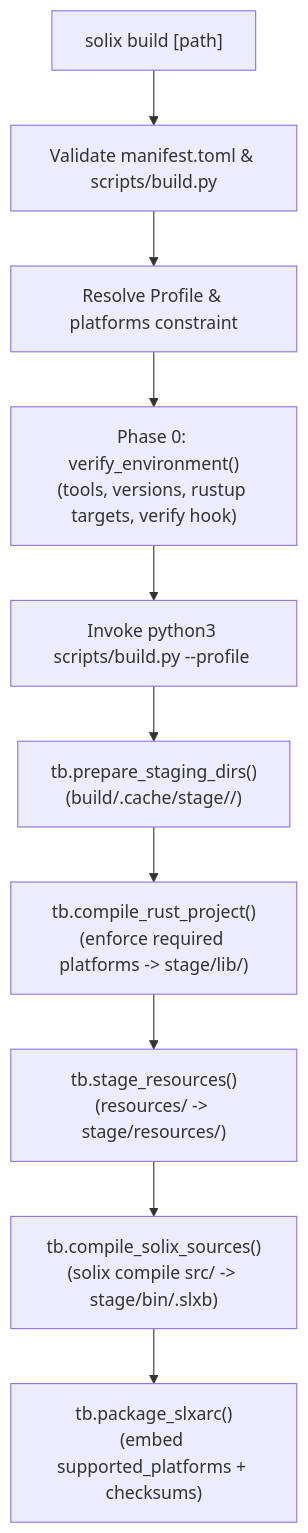
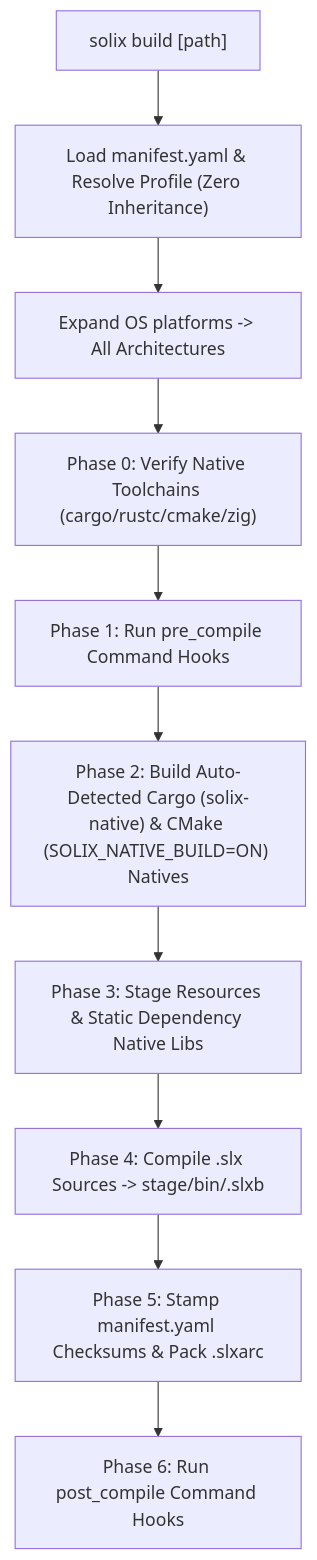
One commit to Jehudme/solix-language changed the diagram in docs/spec/tools/cli/build.md. Above: the diagram before and after it, drawn with Mermaid. The commit also changed other lines of this file and 34 other files, not shown here.

First line of the commit message:
feat(build): migrate to declarative manifest.yaml and pure-Rust native builder

````diff
--- a/docs/spec/tools/cli/build.md
+++ b/docs/spec/tools/cli/build.md
@@ -43,12 +41,12 @@
 ```mermaid
 flowchart TD
-    A["solix build [path]"] --> B["Validate manifest.toml & scripts/build.py"]
-    B --> C["Resolve Profile & platforms constraint"]
-    C --> V["Phase 0: verify_environment()<br>(tools, versions, rustup targets, verify hook)"]
-    V --> D["Invoke python3 scripts/build.py --profile <profile>"]
-    D --> E["tb.prepare_staging_dirs()<br>(build/.cache/stage/<profile>/)"]
-    E --> F["tb.compile_rust_project()<br>(enforce required platforms -> stage/lib/)"]
-    F --> G["tb.stage_resources()<br>(resources/ -> stage/resources/)"]
-    G --> H["tb.compile_solix_sources()<br>(solix compile src/ -> stage/bin/<name>.slxb)"]
-    H --> I["tb.package_slxarc()<br>(embed supported_platforms + checksums)"]
+    A["solix build [path]"] --> B["Load manifest.yaml & Resolve Profile (Zero Inheritance)"]
+    B --> C["Expand OS platforms -> All Architectures"]
+    C --> V["Phase 0: Verify Native Toolchains (cargo/rustc/cmake/zig)"]
+    V --> P["Phase 1: Run pre_compile Command Hooks"]
+    P --> F["Phase 2: Build Auto-Detected Cargo (solix-native) & CMake (SOLIX_NATIVE_BUILD=ON) Natives"]
+    F --> G["Phase 3: Stage Resources & Static Dependency Native Libs"]
+    G --> H["Phase 4: Compile .slx Sources -> stage/bin/<name>.slxb"]
+    H --> I["Phase 5: Stamp manifest.yaml Checksums & Pack .slxarc"]
+    I --> Q["Phase 6: Run post_compile Command Hooks"]
 ```
````
